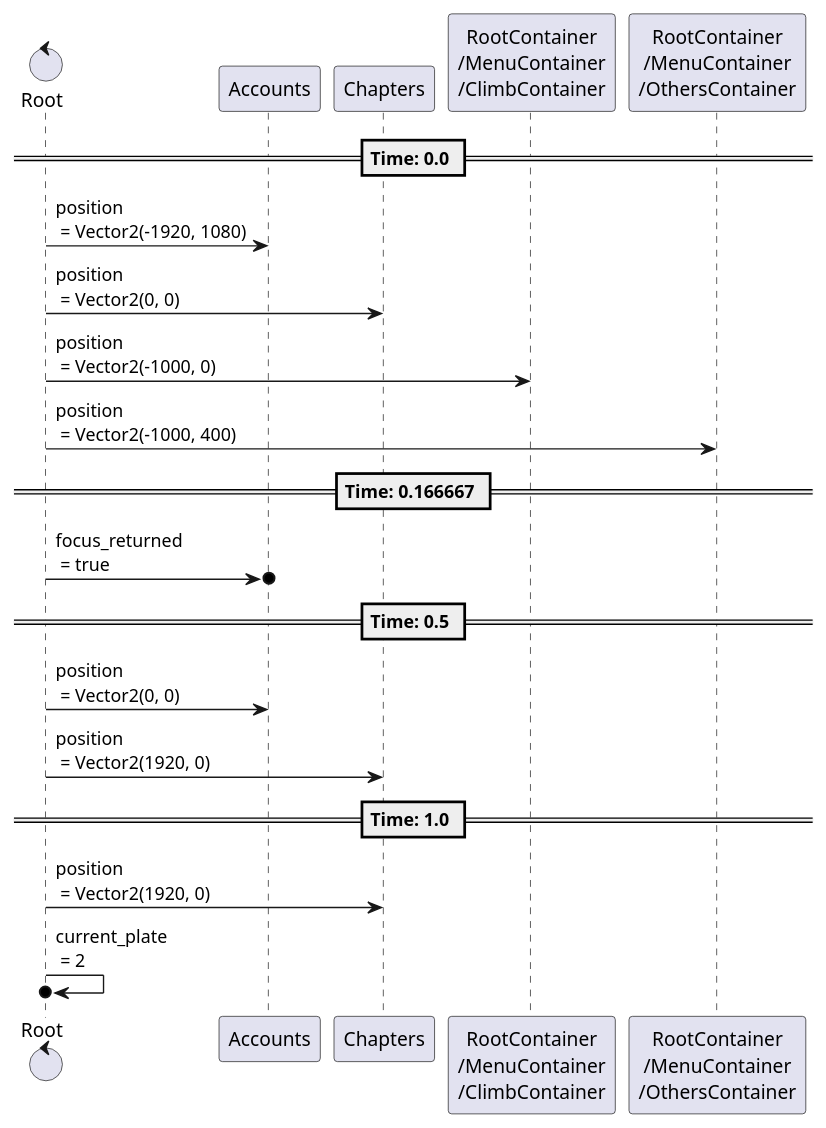
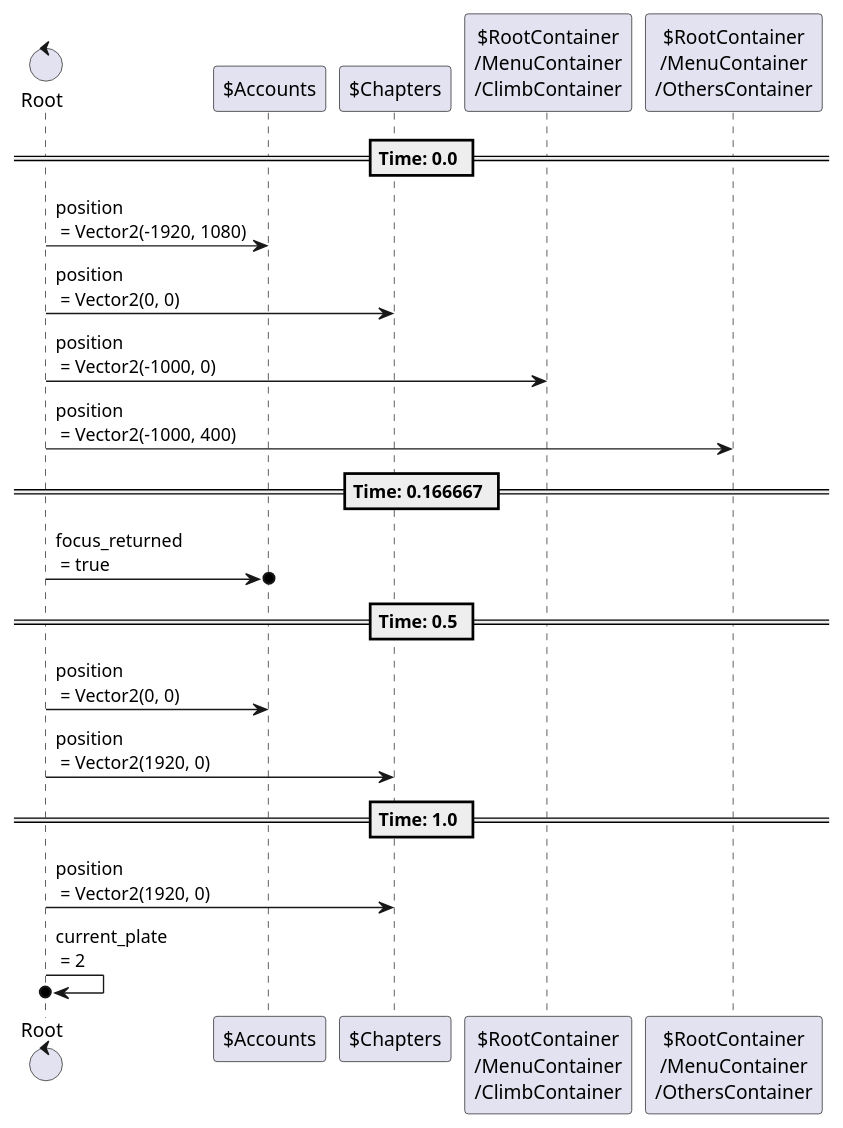
One commit to tkmfujise/Platformer-Game-Learning changed the third of 9 diagrams in content/scenes/src/beginning/menu/menu.tscn.adoc. Above: the diagram before and after it, drawn with PlantUML. The commit also changed other lines of this file and 31 other files, not shown here.

Commit message:
Add prefix $ to node name in animation sequences

```diff
--- a/content/scenes/src/beginning/menu/menu.tscn.adoc
+++ b/content/scenes/src/beginning/menu/menu.tscn.adoc
@@ -330,26 +330,26 @@
 [plantuml]
 ....
-control "Root" as Root
-participant "Accounts" as T0
-participant "Chapters" as T1
-participant "RootContainer\n/MenuContainer\n/ClimbContainer" as T2
-participant "RootContainer\n/MenuContainer\n/OthersContainer" as T3
+control "Root" as R
+participant "$Accounts" as T0
+participant "$Chapters" as T1
+participant "$RootContainer\n/MenuContainer\n/ClimbContainer" as T2
+participant "$RootContainer\n/MenuContainer\n/OthersContainer" as T3
 
 
 
 == Time: 0.0 ==
-Root  ->  T0 : position\n = Vector2(-1920, 1080)
-Root  ->  T1 : position\n = Vector2(0, 0)
-Root  ->  T2 : position\n = Vector2(-1000, 0)
-Root  ->  T3 : position\n = Vector2(-1000, 400)
+R  ->  T0 : position\n = Vector2(-1920, 1080)
+R  ->  T1 : position\n = Vector2(0, 0)
+R  ->  T2 : position\n = Vector2(-1000, 0)
+R  ->  T3 : position\n = Vector2(-1000, 400)
 == Time: 0.166667 ==
-Root  ->o  T0 : focus_returned\n = true
+R  ->o  T0 : focus_returned\n = true
 == Time: 0.5 ==
-Root  ->  T0 : position\n = Vector2(0, 0)
-Root  ->  T1 : position\n = Vector2(1920, 0)
+R  ->  T0 : position\n = Vector2(0, 0)
+R  ->  T1 : position\n = Vector2(1920, 0)
 == Time: 1.0 ==
-Root  ->  T1 : position\n = Vector2(1920, 0)
-Root  ->o  Root : current_plate\n = 2
+R  ->  T1 : position\n = Vector2(1920, 0)
+R  ->o  R : current_plate\n = 2
 
 
 ....
```
